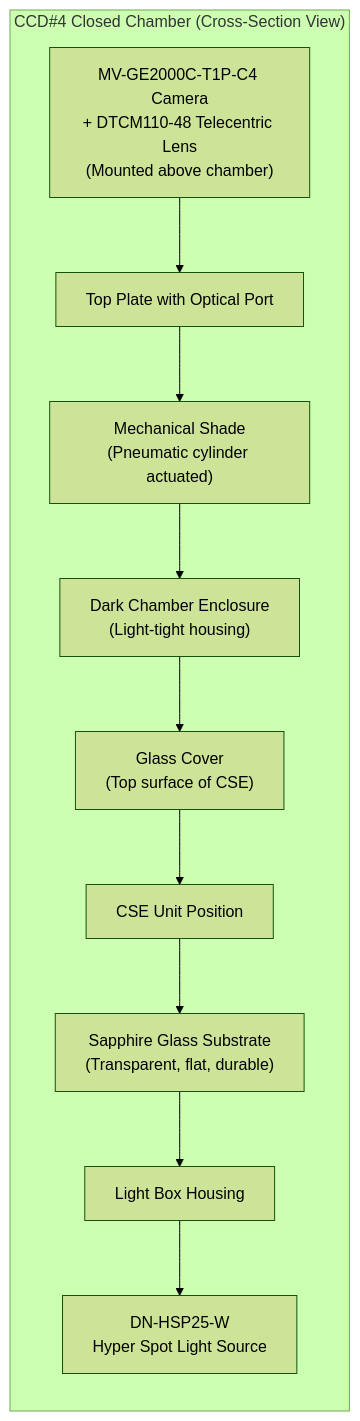
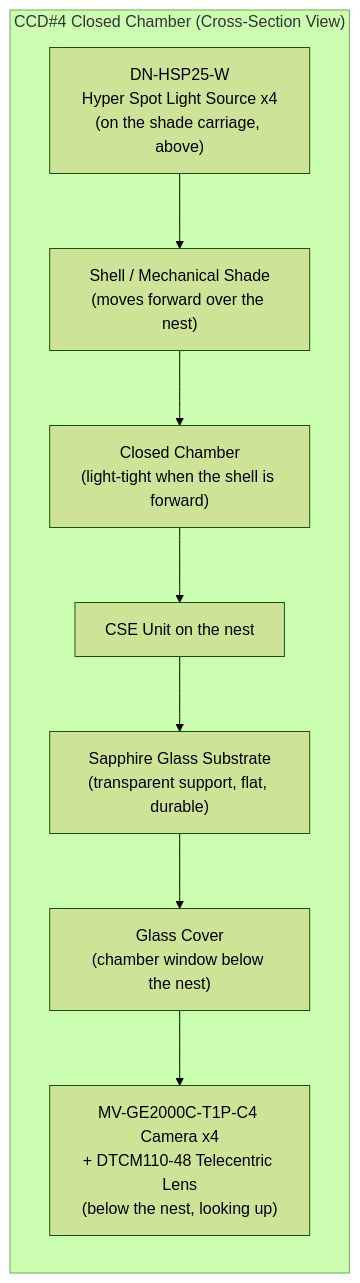
The fifth of 7 diagrams in docs/mechanical-design.md (Rongxuan-Zhou/AOI-sys-for-TI), drawn with Mermaid (forest theme) before and after one commit. The commit also changed other lines of this file and 8 other files, not shown here.

````diff
--- a/docs/mechanical-design.md
+++ b/docs/mechanical-design.md
@@ -275,24 +275,20 @@
 ```mermaid
 graph TD
     subgraph "CCD#4 Closed Chamber (Cross-Section View)"
         direction TB
-        CAM["MV-GE2000C-T1P-C4 Camera<br/>+ DTCM110-48 Telecentric Lens<br/>(Mounted above chamber)"]
-        TOP_PLATE["Top Plate with Optical Port"]
-        SHADE["Mechanical Shade<br/>(Pneumatic cylinder actuated)"]
-        CHAMBER["Dark Chamber Enclosure<br/>(Light-tight housing)"]
-        GC["Glass Cover<br/>(Top surface of CSE)"]
-        CSE_POS["CSE Unit Position"]
-        SG["Sapphire Glass Substrate<br/>(Transparent, flat, durable)"]
-        LIGHT_BOX["Light Box Housing"]
-        LS["DN-HSP25-W<br/>Hyper Spot Light Source"]
+        LS["DN-HSP25-W<br/>Hyper Spot Light Source x4<br/>(on the shade carriage, above)"]
+        SHADE["Shell / Mechanical Shade<br/>(moves forward over the nest)"]
+        CHAMBER["Closed Chamber<br/>(light-tight when the shell is forward)"]
+        CSE_POS["CSE Unit on the nest"]
+        SG["Sapphire Glass Substrate<br/>(transparent support, flat, durable)"]
+        GC["Glass Cover<br/>(chamber window below the nest)"]
+        CAM["MV-GE2000C-T1P-C4 Camera x4<br/>+ DTCM110-48 Telecentric Lens<br/>(below the nest, looking up)"]
     end
-    
-    CAM --> TOP_PLATE
-    TOP_PLATE --> SHADE
+
+    LS --> SHADE
     SHADE --> CHAMBER
-    CHAMBER --> GC
-    GC --> CSE_POS
+    CHAMBER --> CSE_POS
     CSE_POS --> SG
-    SG --> LIGHT_BOX
-    LIGHT_BOX --> LS
+    SG --> GC
+    GC --> CAM
 ```
````
